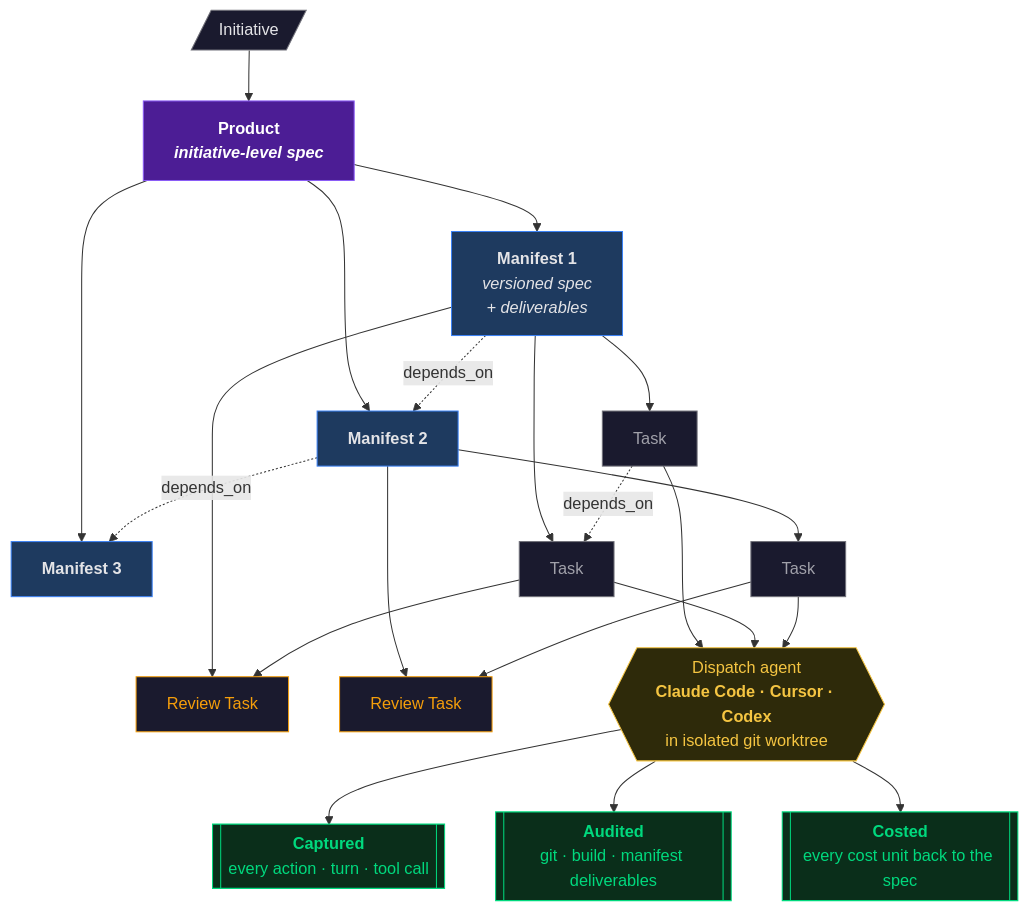
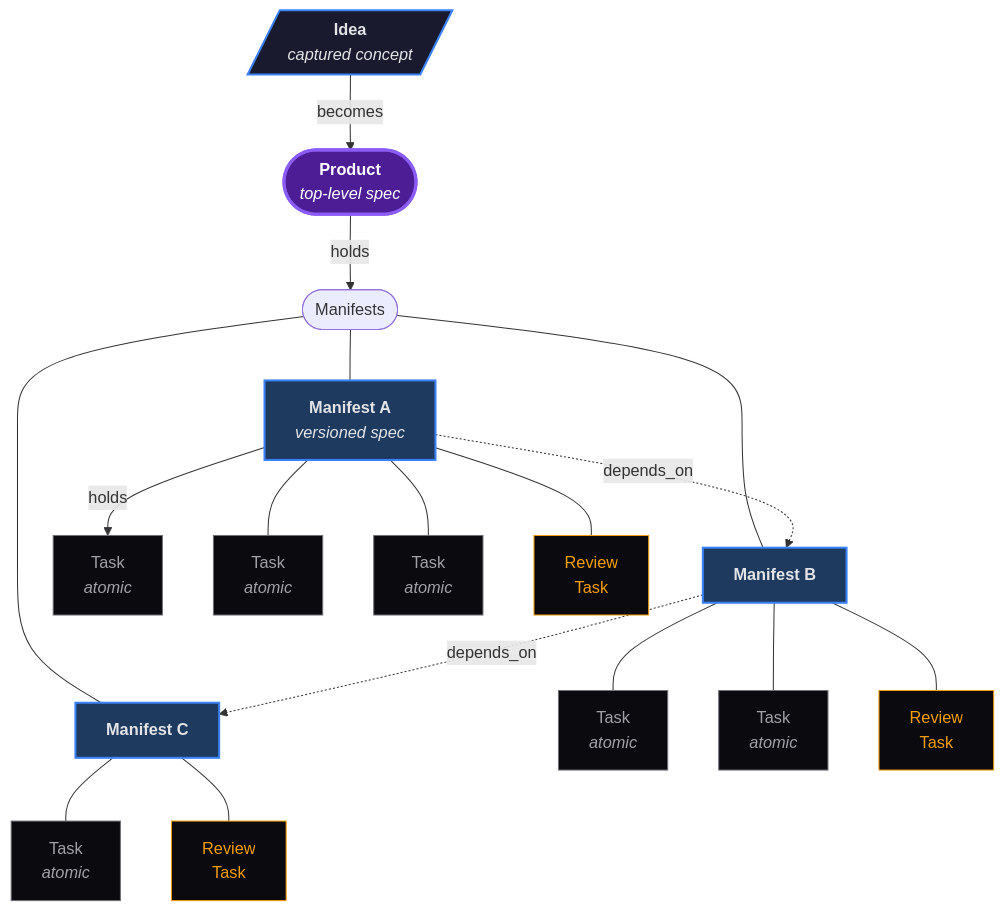
One commit to k8nstantin/OpenPraxis changed the first of 2 diagrams in README.md. Above: the diagram before and after it, drawn with Mermaid. The commit also changed other lines of this file, not shown here.

First paragraph of the commit message:
docs(readme): cleaner lead DAG — grapes hanging off manifests, Idea on top (#171)
* docs(readme): cleaner lead DAG — grapes hanging off manifests, Idea on top

````diff
--- a/README.md
+++ b/README.md
@@ -13,40 +13,30 @@
 ```mermaid
 flowchart TB
-    Init[/"Initiative"/]:::init --> P
+    Idea[/"<b>Idea</b><br/><i>captured concept</i>"/]:::idea -->|becomes| P
 
-    P["<b>Product</b><br/><i>initiative-level spec</i>"]:::product
+    P(["<b>Product</b><br/><i>top-level spec</i>"]):::product -->|holds| MH([Manifests])
 
-    P --> M1["<b>Manifest 1</b><br/><i>versioned spec<br/>+ deliverables</i>"]:::manifest
-    P --> M2["<b>Manifest 2</b>"]:::manifest
-    P --> M3["<b>Manifest 3</b>"]:::manifest
+    MH --- M1["<b>Manifest A</b><br/><i>versioned spec</i>"]:::manifest
+    MH --- M2["<b>Manifest B</b>"]:::manifest
+    MH --- M3["<b>Manifest C</b>"]:::manifest
     M1 -. depends_on .-> M2
     M2 -. depends_on .-> M3
 
-    M1 --> T1a["Task"]:::task
-    M1 --> T1b["Task"]:::task
-    M1 --> T1r["Review Task"]:::review
-    T1a -. depends_on .-> T1b
-    T1b --> T1r
+    M1 -->|holds| T1a["Task<br/><i>atomic</i>"]:::task
+    M1 --- T1b["Task<br/><i>atomic</i>"]:::task
+    M1 --- T1c["Task<br/><i>atomic</i>"]:::task
+    M1 --- R1[Review<br/>Task]:::review
 
-    M2 --> T2a["Task"]:::task
-    M2 --> T2r["Review Task"]:::review
-    T2a --> T2r
+    M2 --- T2a["Task<br/><i>atomic</i>"]:::task
+    M2 --- T2b["Task<br/><i>atomic</i>"]:::task
+    M2 --- R2[Review<br/>Task]:::review
 
-    T1a --> Dispatch{{"Dispatch agent<br/><b>Claude Code · Cursor · Codex</b><br/>in isolated git worktree"}}:::agent
-    T1b --> Dispatch
-    T2a --> Dispatch
+    M3 --- T3a["Task<br/><i>atomic</i>"]:::task
+    M3 --- R3[Review<br/>Task]:::review
 
-    Dispatch --> Capture[["<b>Captured</b><br/>every action · turn · tool call"]]:::capture
-    Dispatch --> Audit[["<b>Audited</b><br/>git · build · manifest deliverables"]]:::audit
-    Dispatch --> Cost[["<b>Costed</b><br/>every cost unit back to the spec"]]:::cost
-
-    classDef init fill:#1a1a2e,stroke:#71717a,color:#e4e4e7
-    classDef product fill:#4c1d95,stroke:#8b5cf6,color:#fff,font-weight:bold
-    classDef manifest fill:#1e3a5f,stroke:#3b82f6,color:#e4e4e7
-    classDef task fill:#1a1a2e,stroke:#71717a,color:#a1a1aa
-    classDef review fill:#1a1a2e,stroke:#f59e0b,color:#f59e0b
-    classDef agent fill:#2e2a0a,stroke:#f5c542,color:#f5c542
-    classDef capture fill:#0a2e1a,stroke:#00d97e,color:#00d97e
-    classDef audit fill:#0a2e1a,stroke:#00d97e,color:#00d97e
-    classDef cost fill:#0a2e1a,stroke:#00d97e,color:#00d97e
+    classDef idea fill:#1a1a2e,stroke:#3b82f6,stroke-width:2px,color:#e4e4e7
+    classDef product fill:#4c1d95,stroke:#8b5cf6,stroke-width:3px,color:#fff
+    classDef manifest fill:#1e3a5f,stroke:#3b82f6,stroke-width:2px,color:#e4e4e7
+    classDef task fill:#0a0a0f,stroke:#71717a,color:#a1a1aa
+    classDef review fill:#0a0a0f,stroke:#f59e0b,color:#f59e0b
 ```
````
